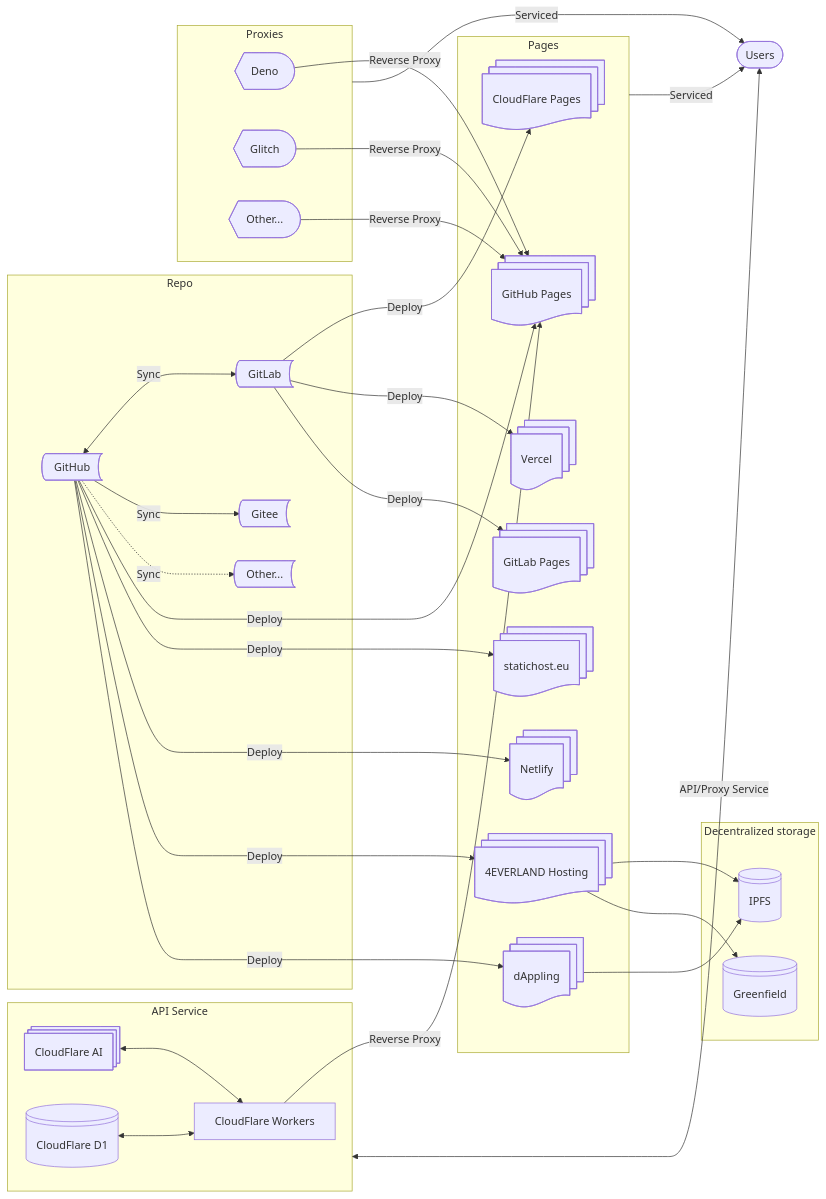
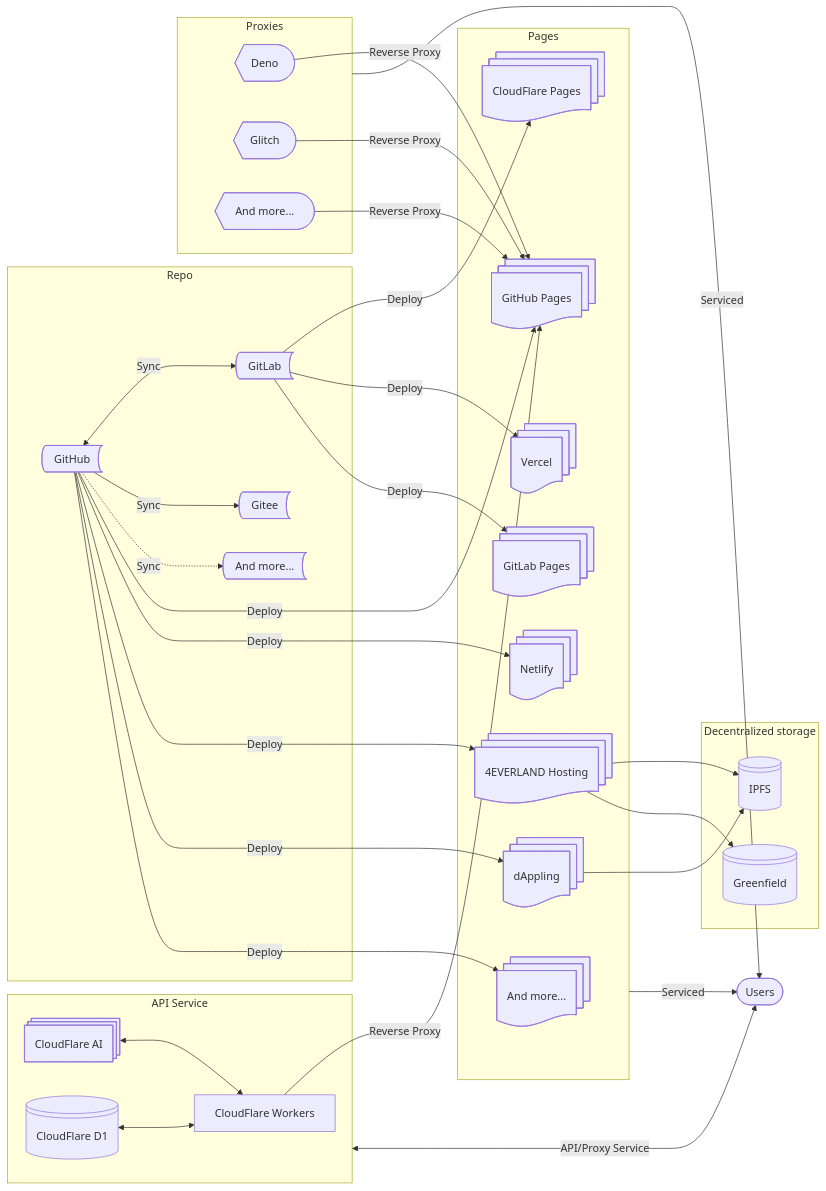
The diagram in proxylist.md (Mabbs/mabbs.github.io), drawn with Mermaid before and after one commit. The commit also changed 2 other files, not shown here.

Commit message:
Update 3 files
- /_data/proxylist.yml
- /_data/other_repo_list.csv
- /proxylist.md

````diff
--- a/proxylist.md
+++ b/proxylist.md
@@ -29,75 +29,75 @@
 ```mermaid
 graph LR;
     Users@{ shape: stadium, label: "Users" }
     GH@{ shape: bow-rect, label: "GitHub" }
     GL@{ shape: bow-rect, label: "GitLab" }
     GE@{ shape: bow-rect, label: "Gitee" }
-    OG@{ shape: bow-rect, label: "Other..." }
+    OG@{ shape: bow-rect, label: "And more..." }
+    OGP@{ shape: docs, label: "And more..." }
     CFP@{ shape: docs, label: "CloudFlare Pages" }
     GHP@{ shape: docs, label: "GitHub Pages" }
     GLP@{ shape: docs, label: "GitLab Pages" }
     FELH@{ shape: docs, label: "4EVERLAND Hosting" }
     IPFS@{ shape: lin-cyl, label: "IPFS" }
     GF@{ shape: lin-cyl, label: "Greenfield" }
     Vercel@{ shape: docs, label: "Vercel" }
     Netlify@{ shape: docs, label: "Netlify" }
-    SH@{ shape: docs, label: "statichost.eu" }
     DA@{ shape: docs, label: "dAppling" }
     CFW@{ label: "CloudFlare Workers" }
     CFAI@{ shape: procs, label: "CloudFlare AI" }
     CFD@{ shape: lin-cyl, label: "CloudFlare D1" }
     Deno@{ shape: curv-trap, label: "Deno" }
     Glitch@{ shape: curv-trap, label: "Glitch" }
-    Other@{ shape: curv-trap, label: "Other..." }
+    Other@{ shape: curv-trap, label: "And more..." }
     subgraph Repo
     GH
     GL
     GE
     OG
     end
     
     subgraph Pages
     GHP
     GLP
     CFP
-    SH
     FELH
     DA
     Vercel
     Netlify
+    OGP
     end
 
     subgraph API[API Service]
     CFAI
     CFD
     CFW
     end
     
     subgraph Proxies
     Deno
     Glitch
     Other
     end
     
     subgraph DS[Decentralized storage]
     IPFS
     GF
     end
     
     GH <-- Sync --> GL
     GH -- Sync --> GE
     GH -. Sync .-> OG
-    GH -- Deploy --> GHP & SH & Netlify & FELH & DA
+    GH -- Deploy --> GHP & Netlify & FELH & DA & OGP
     GL -- Deploy --> CFP & Vercel & GLP
     CFW -- Reverse Proxy --> GHP
     Deno -- Reverse Proxy --> GHP
     Glitch -- Reverse Proxy --> GHP
     Other -- Reverse Proxy --> GHP
     CFD <--> CFW
     CFAI <--> CFW
     API -- API/Proxy Service <--> Users
     Pages -- Serviced --> Users
     Proxies -- Serviced --> Users
     FELH --> IPFS & GF
     DA --> IPFS
 ```
````
